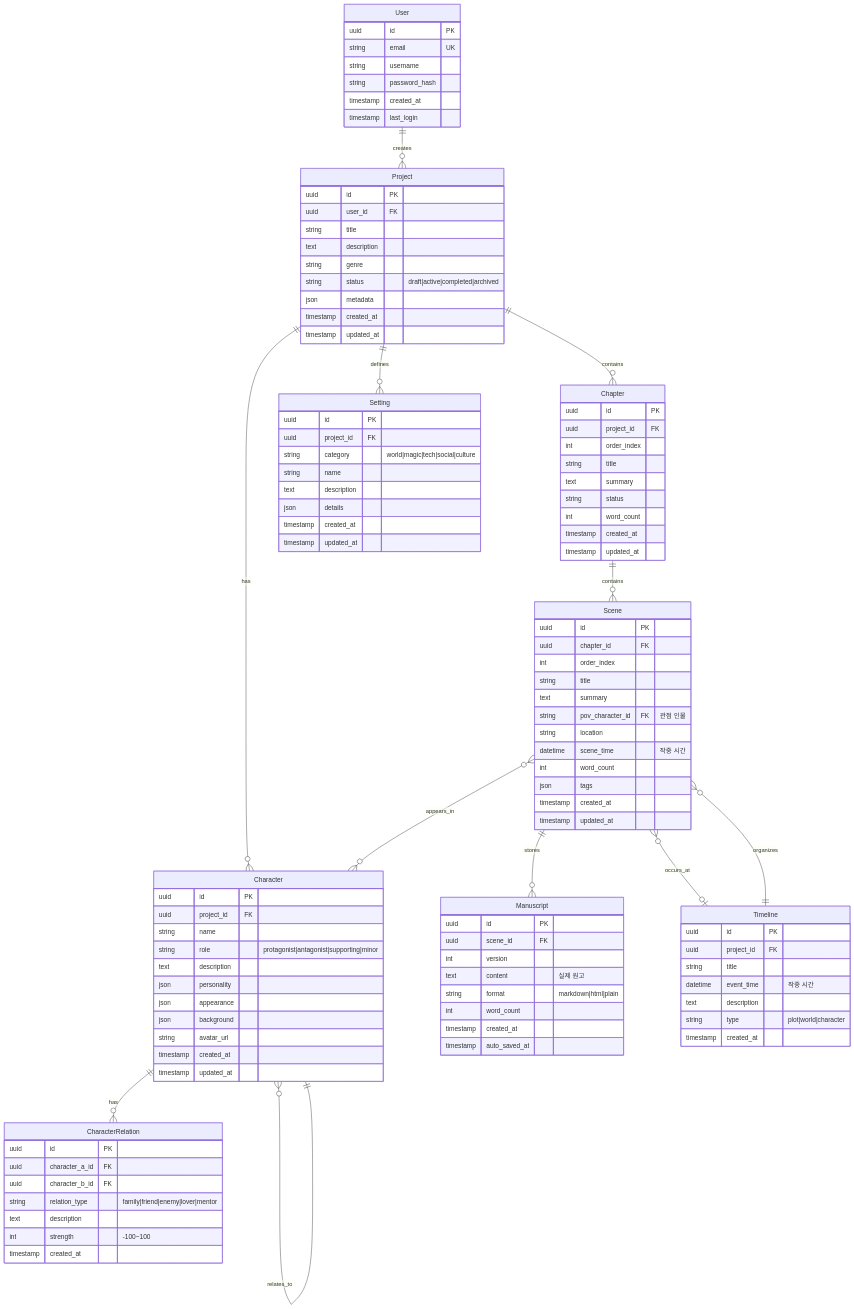
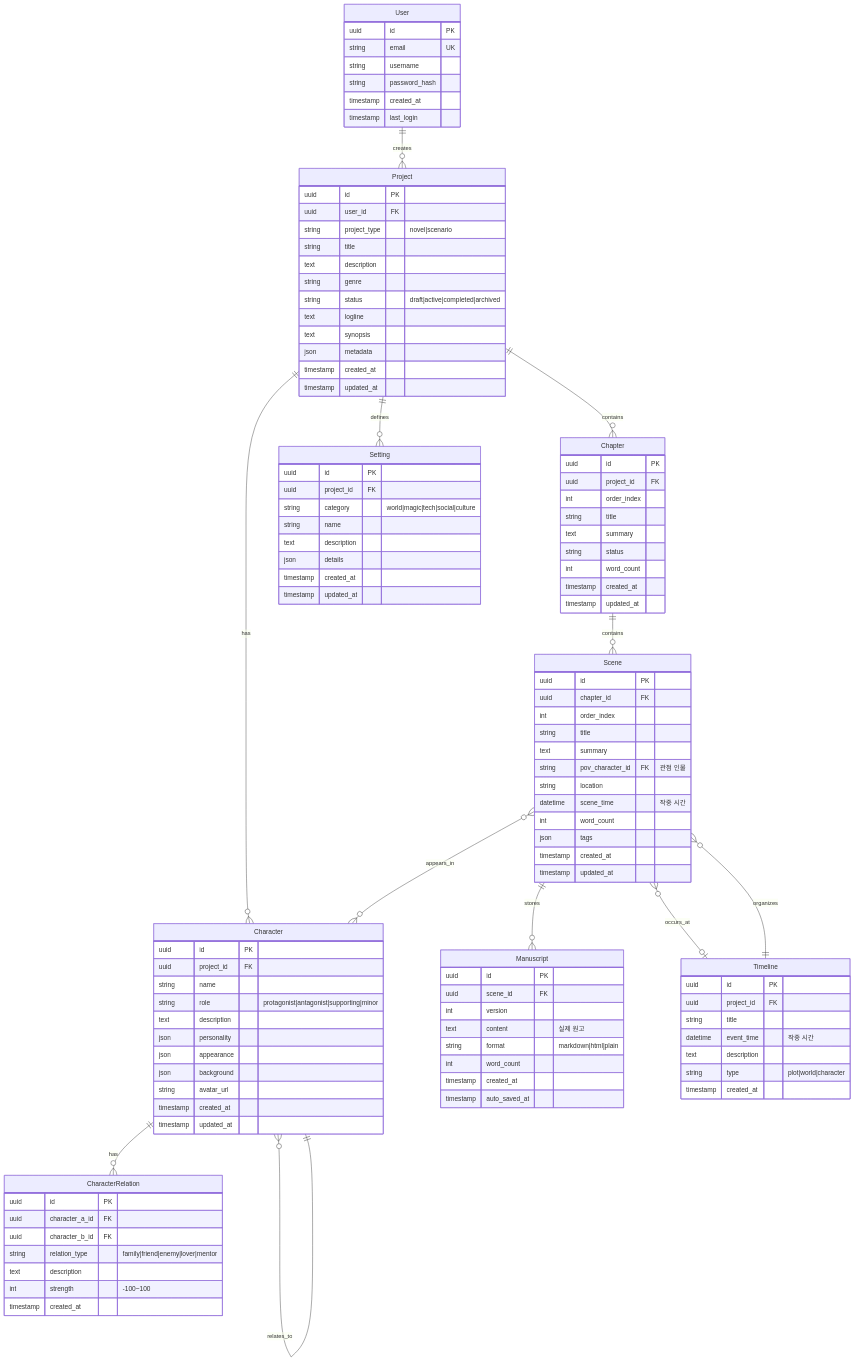
The diagram in docs/erd.md (grace287/StoryBuilder), drawn with Mermaid before and after one commit. The commit also changed 23 other files, not shown here.

```diff
--- a/docs/erd.md
+++ b/docs/erd.md
@@ -35,10 +35,13 @@
     Project {
         uuid id PK
         uuid user_id FK
+        string project_type "novel|scenario"
         string title
         text description
         string genre
         string status "draft|active|completed|archived"
+        text logline
+        text synopsis
         json metadata
         timestamp created_at
         timestamp updated_at
```
